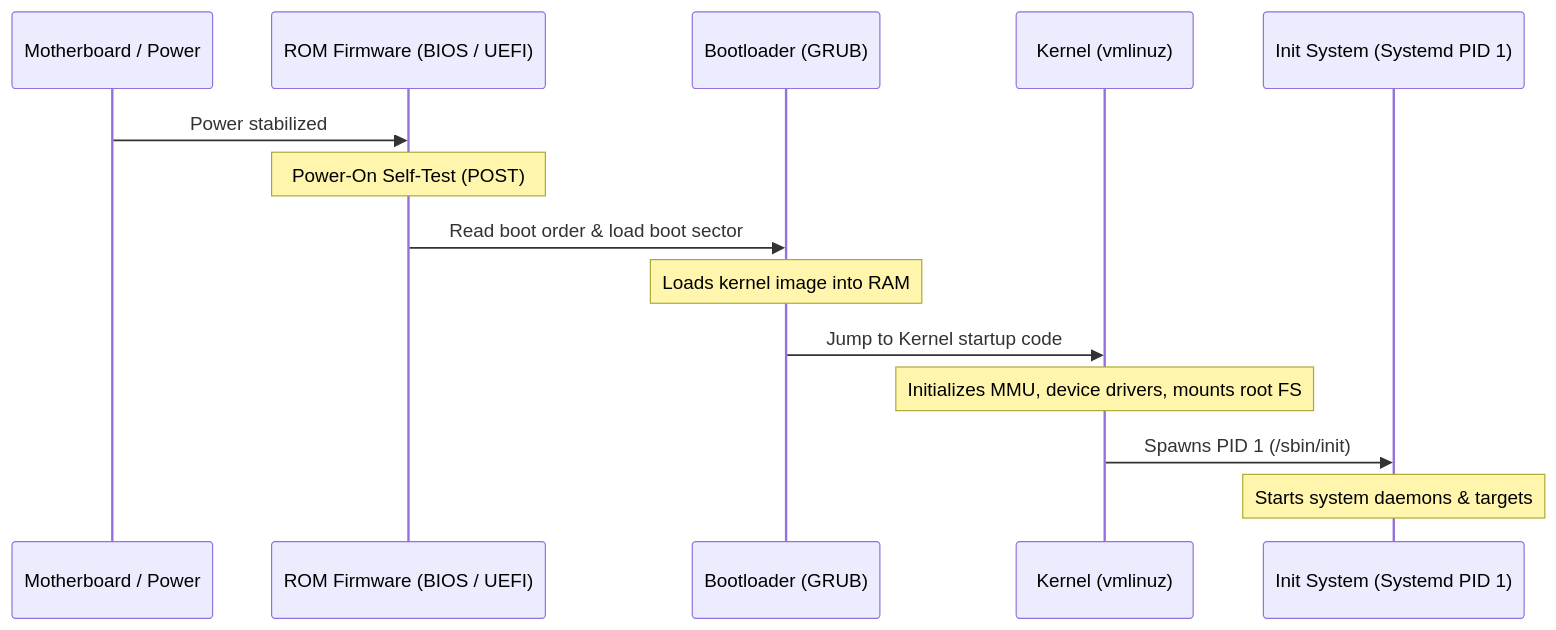
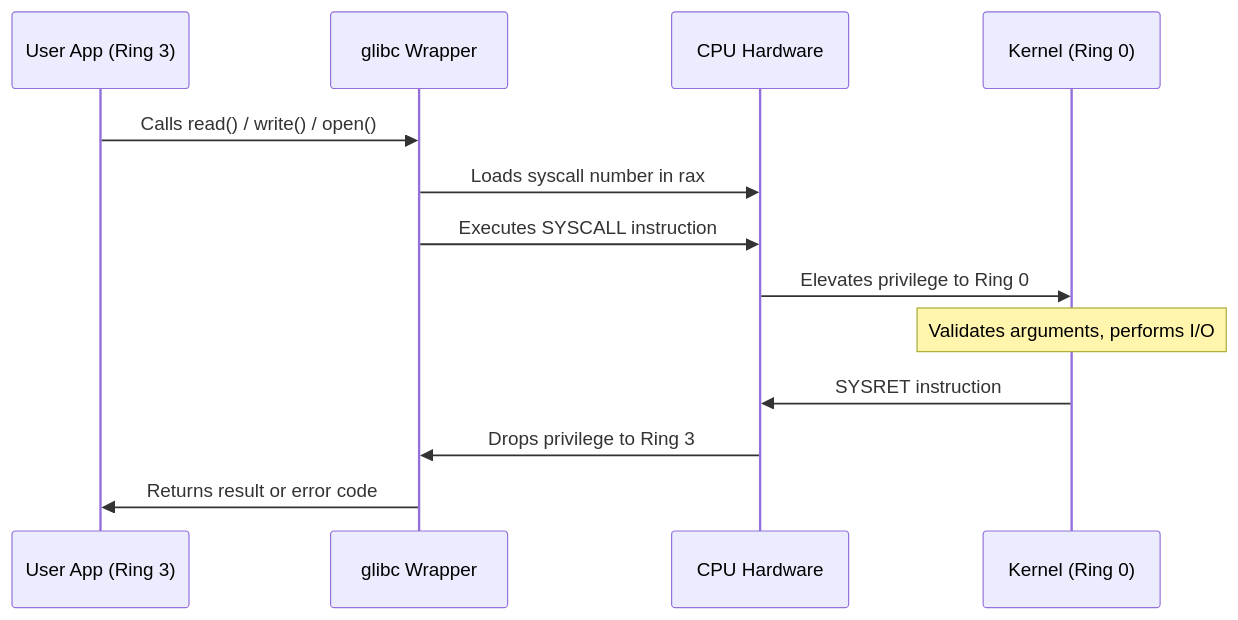
Before and after one commit to Anshitva7mishra/OperatingSystem: the second of 7 diagrams in Day3/InterviewQuestion.md, drawn with Mermaid. The commit also changed other lines of this file, not shown here.

````diff
--- a/Day3/InterviewQuestion.md
+++ b/Day3/InterviewQuestion.md
@@ -127,17 +222,16 @@
 ```mermaid
 sequenceDiagram
-    participant HW as Motherboard / Power
-    participant FW as ROM Firmware (BIOS / UEFI)
-    participant BL as Bootloader (GRUB)
-    participant K as Kernel (vmlinuz)
-    participant IS as Init System (Systemd PID 1)
+    participant App as User App (Ring 3)
+    participant LibC as glibc Wrapper
+    participant CPU as CPU Hardware
+    participant Kernel as Kernel (Ring 0)
 
-    HW->>FW: Power stabilized
-    Note over FW: Power-On Self-Test (POST)
-    FW->>BL: Read boot order & load boot sector
-    Note over BL: Loads kernel image into RAM
-    BL->>K: Jump to Kernel startup code
-    Note over K: Initializes MMU, device drivers, mounts root FS
-    K->>IS: Spawns PID 1 (/sbin/init)
-    Note over IS: Starts system daemons & targets
+    App->>LibC: Calls read() / write() / open()
+    LibC->>CPU: Loads syscall number in rax
+    LibC->>CPU: Executes SYSCALL instruction
+    CPU->>Kernel: Elevates privilege to Ring 0
+    Note over Kernel: Validates arguments, performs I/O
+    Kernel->>CPU: SYSRET instruction
+    CPU->>LibC: Drops privilege to Ring 3
+    LibC->>App: Returns result or error code
 ```
````
